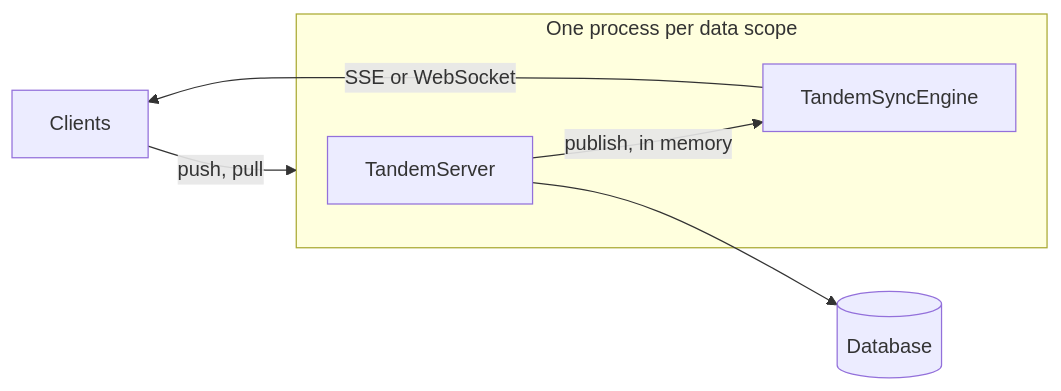
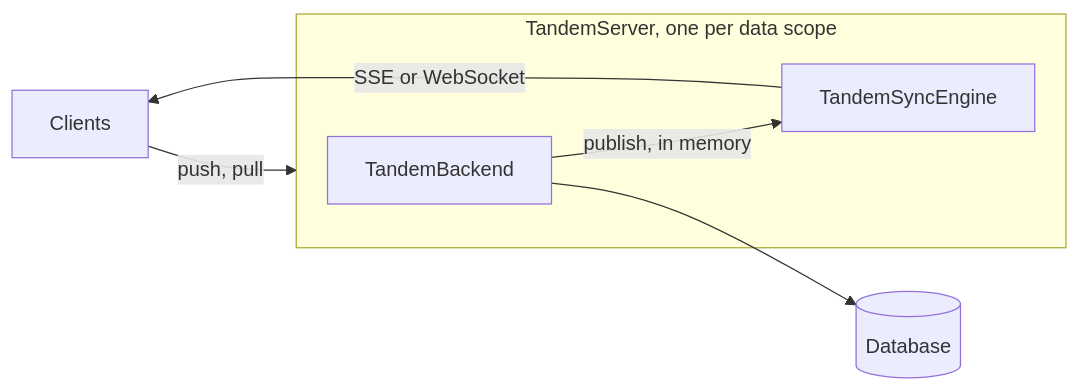
Before and after one commit to tanishqkancharla/tandem: the first of 4 diagrams in .diffmap/specs/tandem-sync-engine-refactor/02-target-architecture.md, drawn with Mermaid. The commit also changed other lines of this file and 9 other files, not shown here.

Commit message:
Spec: name the stateless piece TandemBackend, make TandemServer the bundle, plan per-room Durable Objects

````diff
--- a/.diffmap/specs/tandem-sync-engine-refactor/02-target-architecture.md
+++ b/.diffmap/specs/tandem-sync-engine-refactor/02-target-architecture.md
@@ -65,9 +109,9 @@
 ```mermaid [Mode 1: one process]
 flowchart LR
     C[Clients] -->|push, pull| P
-    subgraph P[One process per data scope]
-      S[TandemServer] -->|publish, in memory| E[TandemSyncEngine]
+    subgraph P[TandemServer, one per data scope]
+      S[TandemBackend] -->|publish, in memory| E[TandemSyncEngine]
     end
     E -->|SSE or WebSocket| C
     S --> DB[(Database)]
 ```
````
